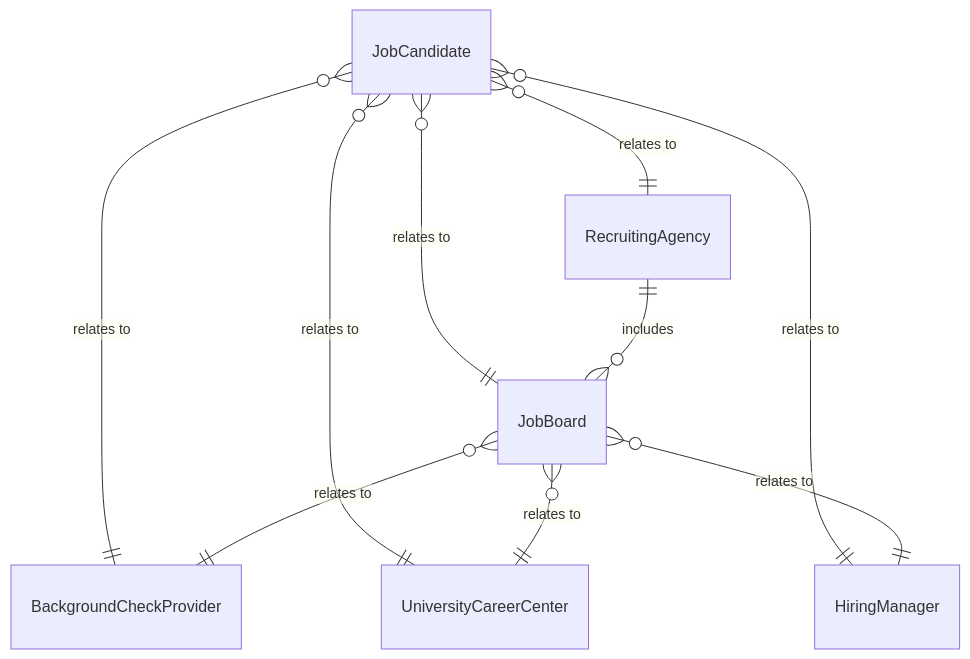
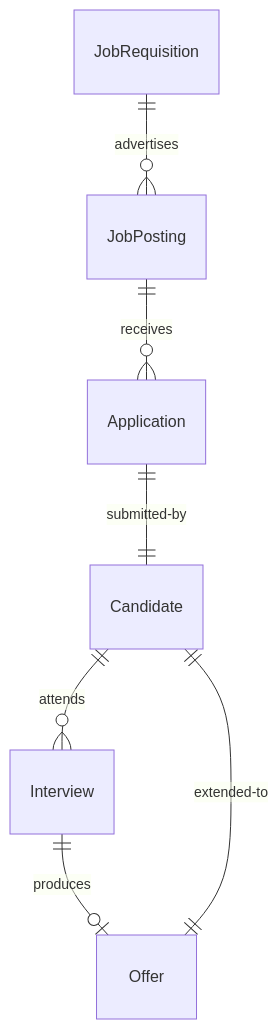
One commit to dot-org-ai/tasks.org.ai changed the first of 4 diagrams in GuidingDirectingAndMotivatingSubordinates/ManageHumanResourcesActivities/CoordinatePersonnelRecruitmentActivities.mdx. Above: the diagram before and after it, drawn with Mermaid. The commit also changed other lines of this file and 515 other files, not shown here.

````diff
--- a/GuidingDirectingAndMotivatingSubordinates/ManageHumanResourcesActivities/CoordinatePersonnelRecruitmentActivities.mdx
+++ b/GuidingDirectingAndMotivatingSubordinates/ManageHumanResourcesActivities/CoordinatePersonnelRecruitmentActivities.mdx
@@ -89,12 +89,9 @@
 ```mermaid
 erDiagram
-    JobCandidate }o--|| RecruitingAgency : "relates to"
-    JobCandidate }o--|| JobBoard : "relates to"
-    JobCandidate }o--|| BackgroundCheckProvider : "relates to"
-    JobCandidate }o--|| UniversityCareerCenter : "relates to"
-    JobCandidate }o--|| HiringManager : "relates to"
-    RecruitingAgency ||--o{ JobBoard : includes
-    JobBoard }o--|| BackgroundCheckProvider : "relates to"
-    JobBoard }o--|| UniversityCareerCenter : "relates to"
-    JobBoard }o--|| HiringManager : "relates to"
+    JobRequisition ||--o{ JobPosting : "advertises"
+    JobPosting ||--o{ Application : "receives"
+    Application ||--|| Candidate : "submitted-by"
+    Candidate ||--o{ Interview : "attends"
+    Interview ||--o| Offer : "produces"
+    Offer ||--|| Candidate : "extended-to"
 ```
````
